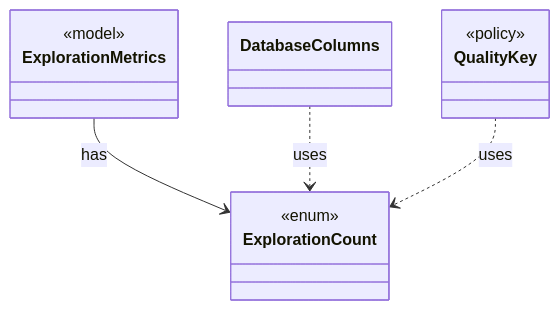
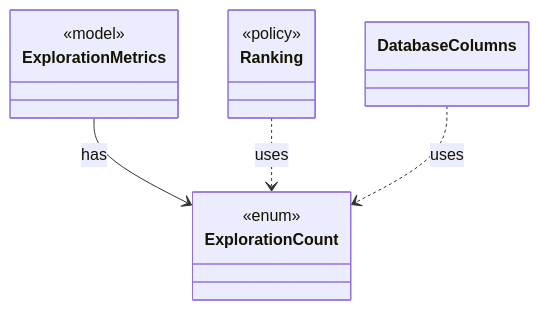
One commit to tlaplus/model-checker-hardening changed the diagram in dev/types/io.github.tlaplus.hardening.checker.ExplorationCount.md. Above: the diagram before and after it, drawn with Mermaid. The commit also changed other lines of this file and 405 other files, not shown here.

````diff
--- a/dev/types/io.github.tlaplus.hardening.checker.ExplorationCount.md
+++ b/dev/types/io.github.tlaplus.hardening.checker.ExplorationCount.md
@@ -7,16 +7,16 @@
 ```mermaid
 classDiagram
   class ExplorationCount {
     <<enum>>
   }
   class ExplorationMetrics {
     <<model>>
   }
-  class DatabaseColumns
-  class QualityKey {
+  class Ranking {
     <<policy>>
   }
+  class DatabaseColumns
   ExplorationMetrics --> ExplorationCount : has
+  Ranking ..> ExplorationCount : uses
   DatabaseColumns ..> ExplorationCount : uses
-  QualityKey ..> ExplorationCount : uses
 ```
````
